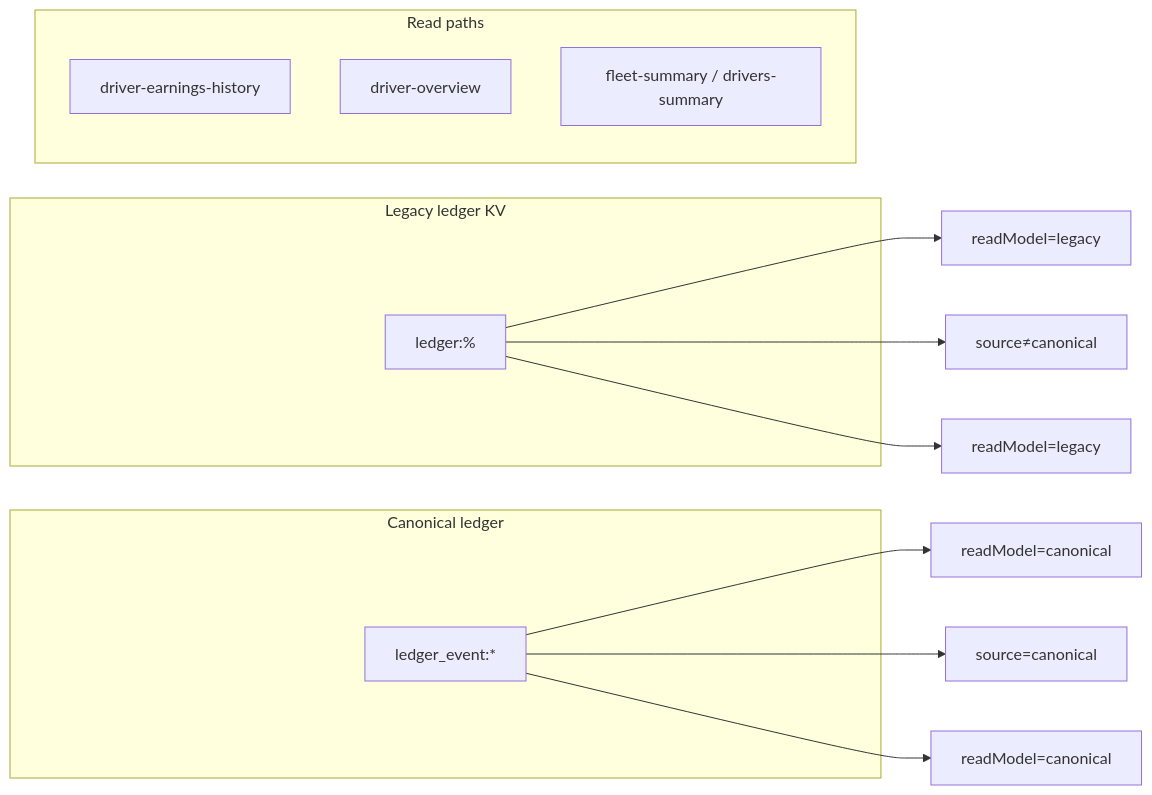
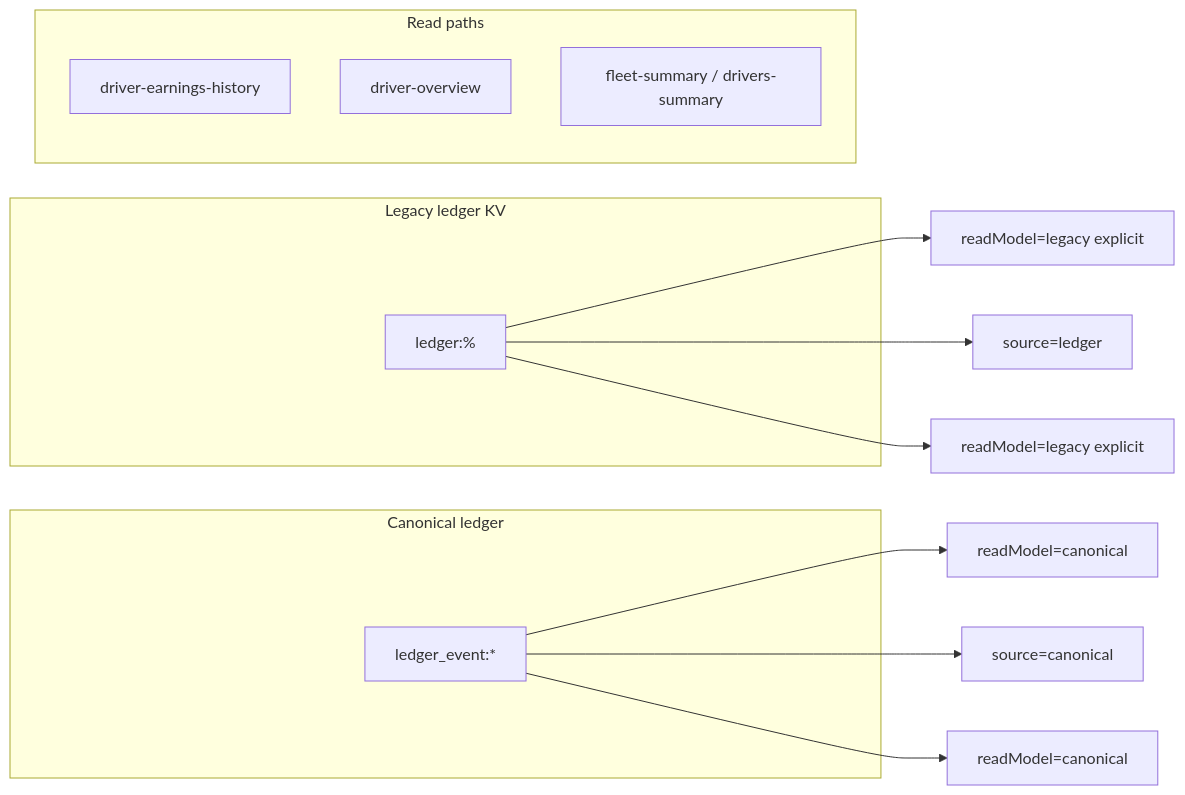
The diagram in src/solution.md (DeekiiiiiiiT/Goride), drawn with Mermaid before and after one commit. The commit also changed other lines of this file and 4 other files, not shown here.

````diff
--- a/src/solution.md
+++ b/src/solution.md
@@ -14,20 +14,20 @@
 ```mermaid
 flowchart LR
   subgraph legacy [Legacy ledger KV]
     L[ledger:%]
   end
   subgraph canonical [Canonical ledger]
     E[ledger_event:*]
   end
   subgraph reads [Read paths]
     EH[driver-earnings-history]
     OV[driver-overview]
     FS[fleet-summary / drivers-summary]
   end
-  L --> EH_legacy[readModel=legacy]
-  L --> OV_legacy[source≠canonical]
-  L --> FS_legacy[readModel=legacy]
+    L --> EH_legacy[readModel=legacy explicit]
+    L --> OV_legacy[source=ledger]
+    L --> FS_legacy[readModel=legacy explicit]
   E --> EH_canon[readModel=canonical]
   E --> OV_canon[source=canonical]
   E --> FS_canon[readModel=canonical]
 ```
````
